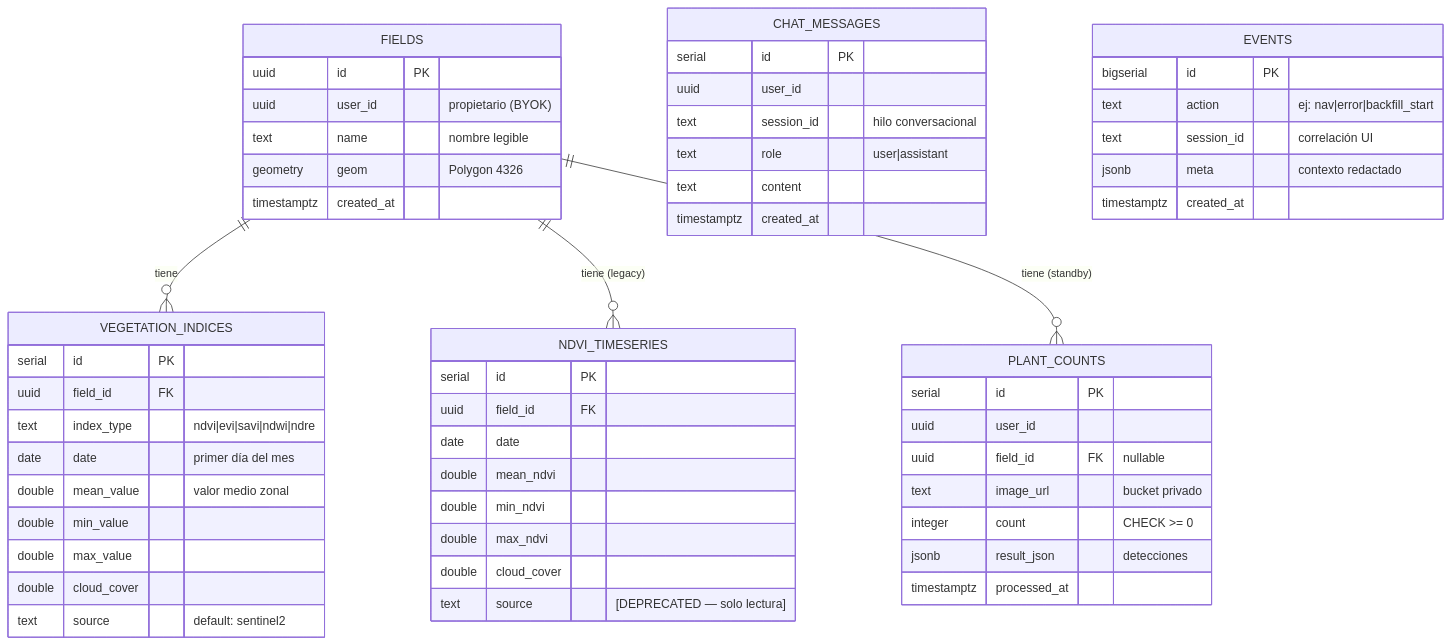
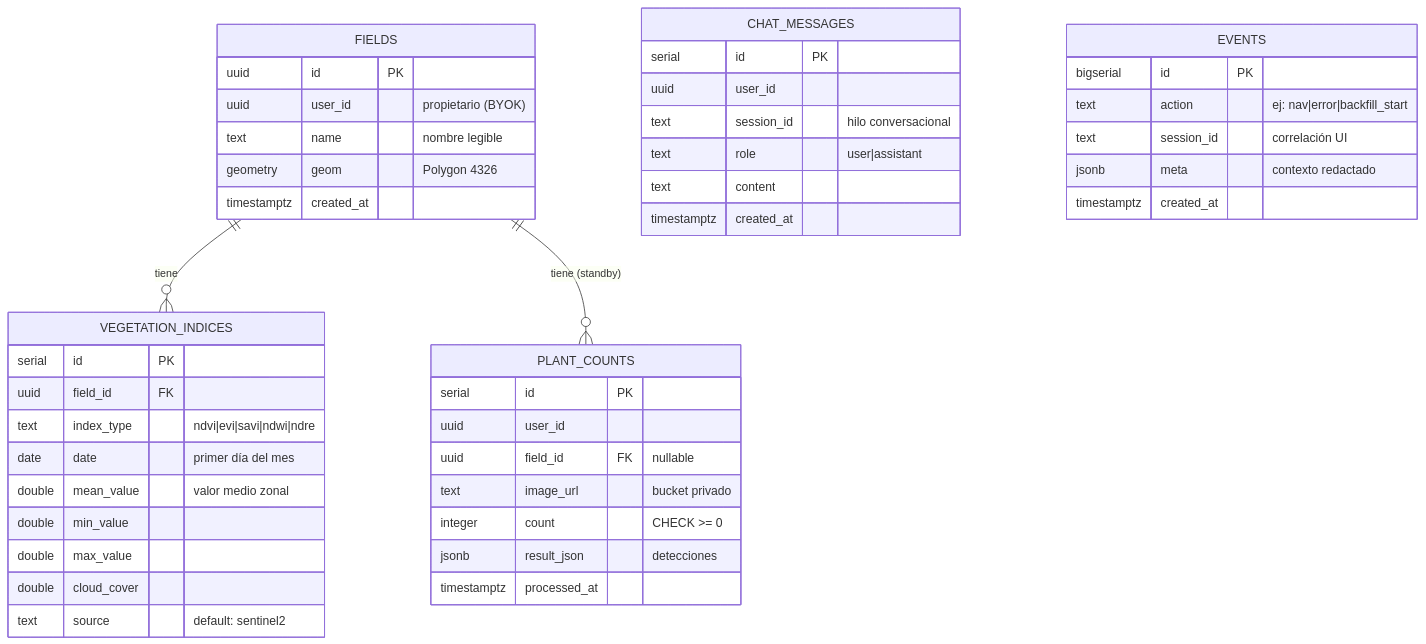
One commit to AlexPrietoRomani/AgroVision changed diagram 11 of 12 in docs/architect/architecture_agrovision.md. Above: the diagram before and after it, drawn with Mermaid. The commit also changed other lines of this file and 2 other files, not shown here.

Commit message:
docs(architecture): actualiza ER y tablas tras eliminar ndvi_timeseries
Elimina referencia a ndvi_timeseries del diagrama ER, tabla de descripción, constraints y ADRs en architecture_agrovision.md. Actualiza diseno_db.md y description_proyecto_agrovision.md con vegetation_indices como tabla activa.

````diff
--- a/docs/architect/architecture_agrovision.md
+++ b/docs/architect/architecture_agrovision.md
@@ -399,64 +399,52 @@
 ```mermaid
 erDiagram
     FIELDS {
         uuid id PK
         uuid user_id "propietario (BYOK)"
         text name "nombre legible"
         geometry geom "Polygon 4326"
         timestamptz created_at
     }
 
     VEGETATION_INDICES {
         serial id PK
         uuid field_id FK
         text index_type "ndvi|evi|savi|ndwi|ndre"
         date date "primer día del mes"
         double mean_value "valor medio zonal"
         double min_value
         double max_value
         double cloud_cover
         text source "default: sentinel2"
-    }
-
-    NDVI_TIMESERIES {
-        serial id PK
-        uuid field_id FK
-        date date
-        double mean_ndvi
-        double min_ndvi
-        double max_ndvi
-        double cloud_cover
-        text source "[DEPRECATED — solo lectura]"
     }
 
     PLANT_COUNTS {
         serial id PK
         uuid user_id
         uuid field_id FK "nullable"
         text image_url "bucket privado"
         integer count "CHECK >= 0"
         jsonb result_json "detecciones"
         timestamptz processed_at
     }
 
     CHAT_MESSAGES {
         serial id PK
         uuid user_id
         text session_id "hilo conversacional"
         text role "user|assistant"
         text content
         timestamptz created_at
     }
 
     EVENTS {
         bigserial id PK
         text action "ej: nav|error|backfill_start"
         text session_id "correlación UI"
         jsonb meta "contexto redactado"
         timestamptz created_at
     }
 
     FIELDS ||--o{ VEGETATION_INDICES : "tiene"
-    FIELDS ||--o{ NDVI_TIMESERIES : "tiene (legacy)"
     FIELDS ||--o{ PLANT_COUNTS : "tiene (standby)"
 ```
````
